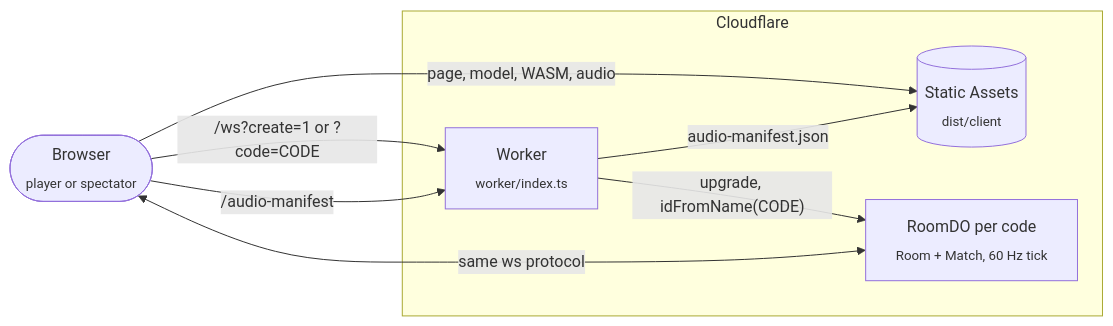
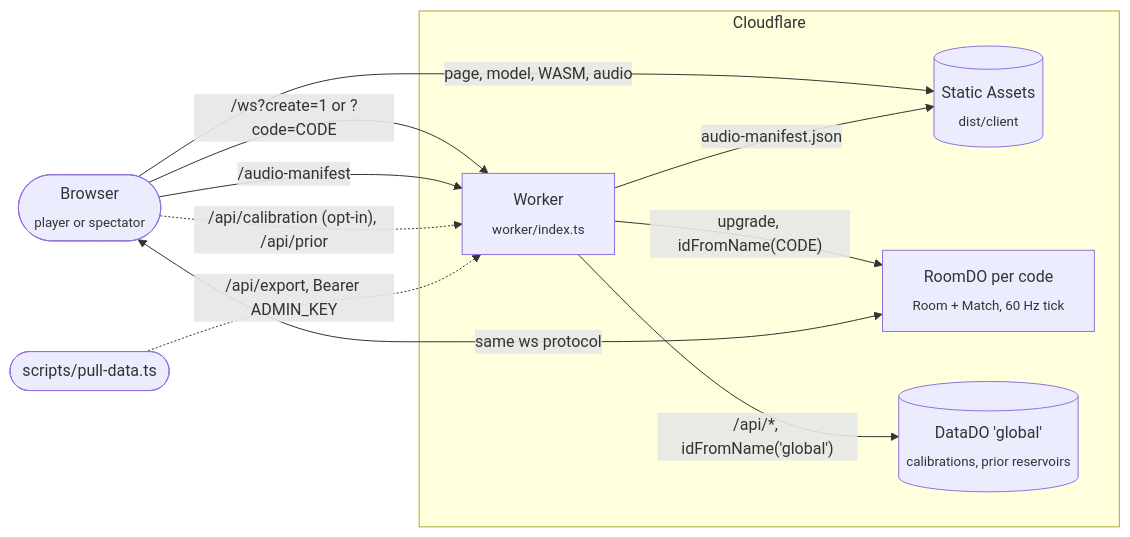
Before and after one commit to teddycitrus/shadow-box: the second of 4 diagrams in README.md, drawn with Mermaid. The commit also changed other lines of this file and 24 other files, not shown here.

````diff
--- a/README.md
+++ b/README.md
@@ -115,15 +115,20 @@
 ```mermaid
 flowchart LR
   C(["Browser<br/><sub>player or spectator</sub>"])
   subgraph CF["Cloudflare"]
     W["Worker<br/><sub>worker/index.ts</sub>"]
     A[("Static Assets<br/><sub>dist/client</sub>")]
     DO["RoomDO per code<br/><sub>Room + Match, 60 Hz tick</sub>"]
+    DD[("DataDO 'global'<br/><sub>calibrations, prior reservoirs</sub>")]
   end
+  Admin(["scripts/pull-data.ts"])
   C -->|"page, model, WASM, audio"| A
   C -->|"/ws?create=1 or ?code=CODE"| W
   C -->|"/audio-manifest"| W
+  C -.->|"/api/calibration (opt-in), /api/prior"| W
   W -->|"audio-manifest.json"| A
   W -->|"upgrade, idFromName(CODE)"| DO
+  W -->|"/api/*, idFromName('global')"| DD
   DO <-->|"same ws protocol"| C
+  Admin -.->|"/api/export, Bearer ADMIN_KEY"| W
 ```
````
